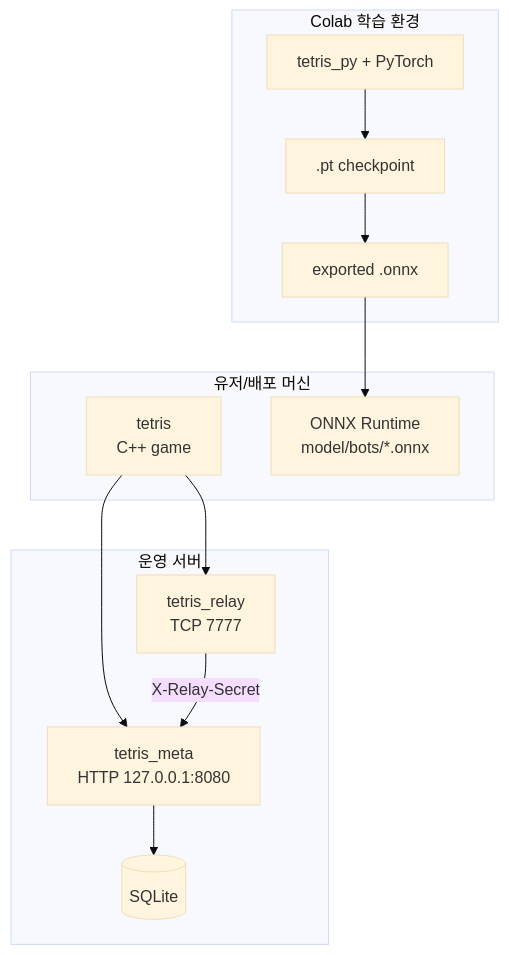
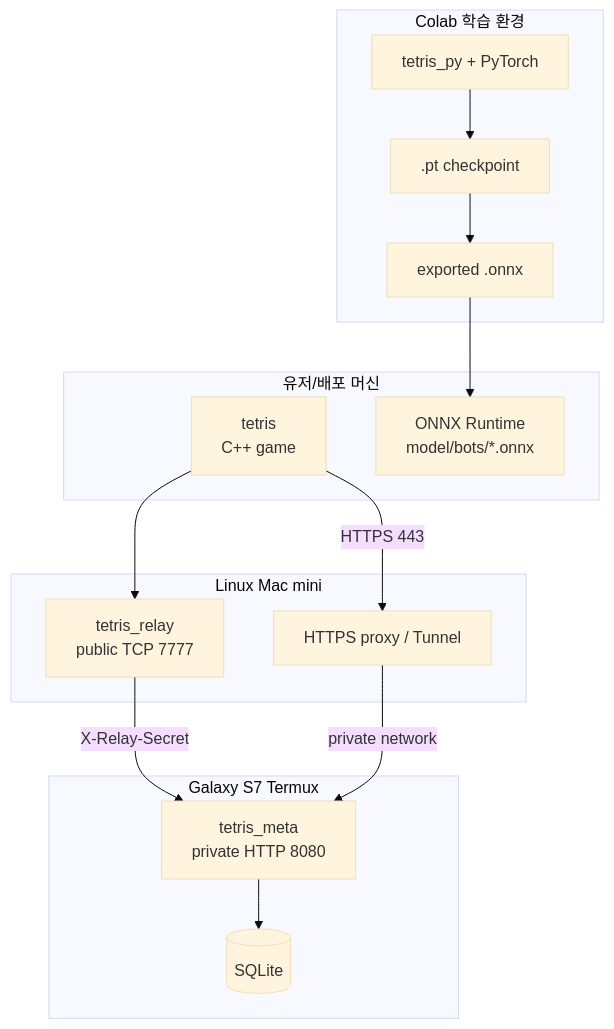
Before and after one commit to Rein-ArXiv/Tetris-Multiplayer-RL: the second of 2 diagrams in docs/blog/README.md, drawn with Mermaid (base theme). The commit also changed other lines of this file and 34 other files, not shown here.

````diff
--- a/docs/blog/README.md
+++ b/docs/blog/README.md
@@ -154,25 +173,30 @@
 ```mermaid
 graph TB
     subgraph User["유저/배포 머신"]
         G[tetris<br/>C++ game]
         ORT[ONNX Runtime<br/>model/bots/*.onnx]
     end
 
-    subgraph Server["운영 서버"]
-        R[tetris_relay<br/>TCP 7777]
-        M[tetris_meta<br/>HTTP 127.0.0.1:8080]
+    subgraph RelayHost["Linux Mac mini"]
+        R[tetris_relay<br/>public TCP 7777]
+        E[HTTPS proxy / Tunnel]
+    end
+
+    subgraph MetaHost["Galaxy S7 Termux"]
+        M[tetris_meta<br/>private HTTP 8080]
         DB[(SQLite)]
     end
 
     subgraph Colab["Colab 학습 환경"]
         PY[tetris_py + PyTorch]
         CKPT[.pt checkpoint]
         ONNX[exported .onnx]
     end
 
     G --> R
-    G --> M
+    G -- HTTPS 443 --> E
     R -- X-Relay-Secret --> M
+    E -- private network --> M
     M --> DB
     PY --> CKPT --> ONNX --> ORT
 ```
````
